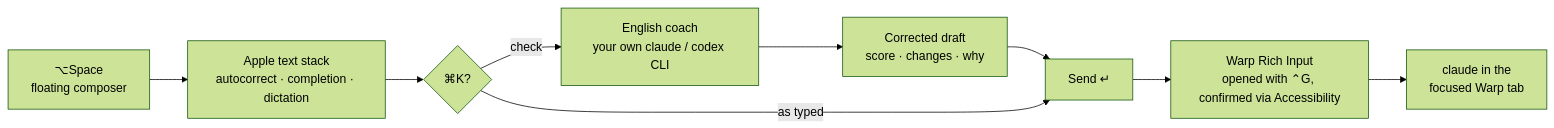
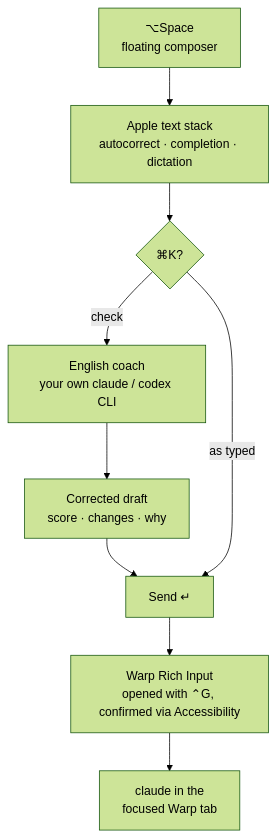
Before and after one commit to michael-v17/typeflow: the diagram in README.md, drawn with Mermaid (forest theme). The commit also changed other lines of this file, not shown here.

First line of the commit message:
docs: Beyond Claude Code, captions, top-to-bottom diagram

````diff
--- a/README.md
+++ b/README.md
@@ -102,11 +119,11 @@
 ```mermaid
-flowchart LR
+flowchart TD
     A["⌥Space<br/>floating composer"] --> B["Apple text stack<br/>autocorrect · completion · dictation"]
     B --> C{"⌘K?"}
     C -- "check" --> D["English coach<br/>your own claude / codex CLI"]
     D --> E["Corrected draft<br/>score · changes · why"]
     E --> F["Send ↵"]
     C -- "as typed" --> F
     F --> G["Warp Rich Input<br/>opened with ⌃G, confirmed via Accessibility"]
     G --> H["claude in the<br/>focused Warp tab"]
 ```
````
